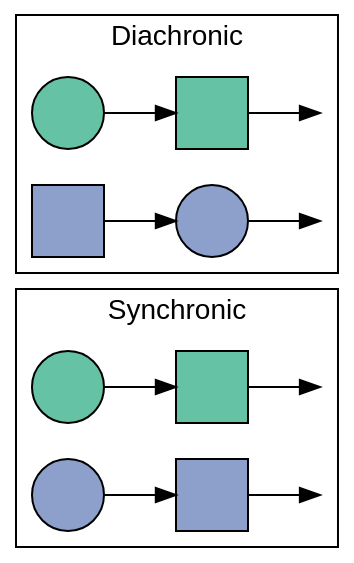
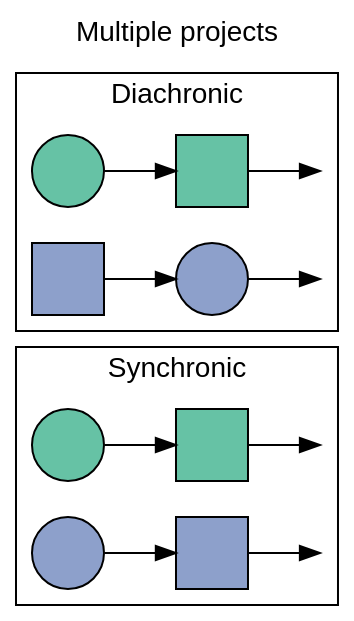
Before and after one commit to pedmiston/diachronic-teams: the diagram in evoteams/inst/extdata/multiple-projects.gv, drawn with Graphviz. The commit also changed 1 other file, not shown here.

```diff
--- a/evoteams/inst/extdata/multiple-projects.gv
+++ b/evoteams/inst/extdata/multiple-projects.gv
@@ -1,34 +1,37 @@
 digraph {
+  rankdir=LR;
+  label="Multiple projects";
+  labelloc=t;
   fontname=helvetica;
+  bgcolor=transparent;
+
   node[fontname=helvetica; label=""; style=filled; width=0.5];
-  rankdir=LR;
-  bgcolor=transparent;
 
   // Set cluster order (top to bottom) by initializing
   // nodes in each cluster starting from bottom to top
   s1a, d1a;
 
   // Colors are people
   s1a, s2a, d1a, d2a[fillcolor="#66C2A5"];
   s1b, s2b, d1b, d2b[fillcolor="#8DA0CB"];
 
   // Shapes are projects
   s1a, s1b, d1a, d2b[shape=circle];
   s2a, s2b, d1b, d2a[shape=square];
 
   // Invisible last nodes
   sinv1, sinv2, dinv1, dinv2[style=invis, width=0];
 
   subgraph cluster1 {
     label="Synchronic";
     s1a -> s2a -> sinv1;
     s1b -> s2b -> sinv2;
   }
 
   subgraph cluster2 {
     label="Diachronic";
     d1a -> d2a -> dinv1;
     d1b -> d2b -> dinv2;
   }
 
 }
```
